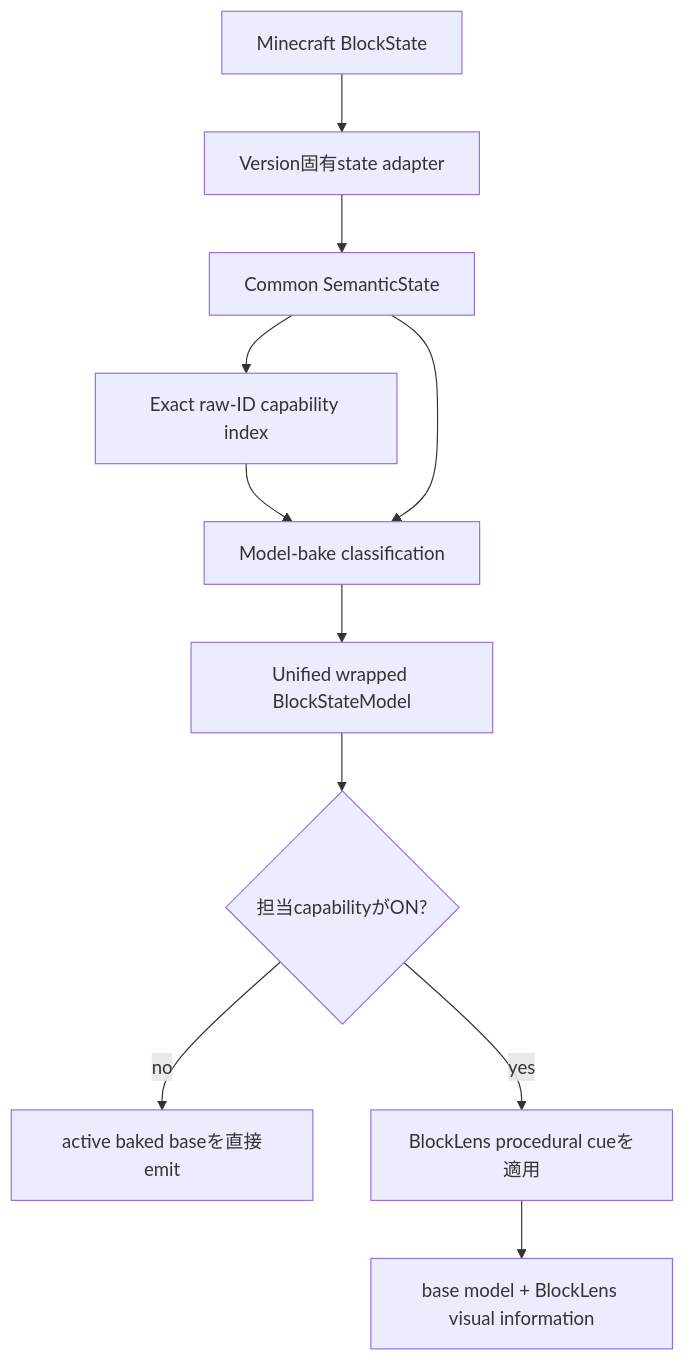
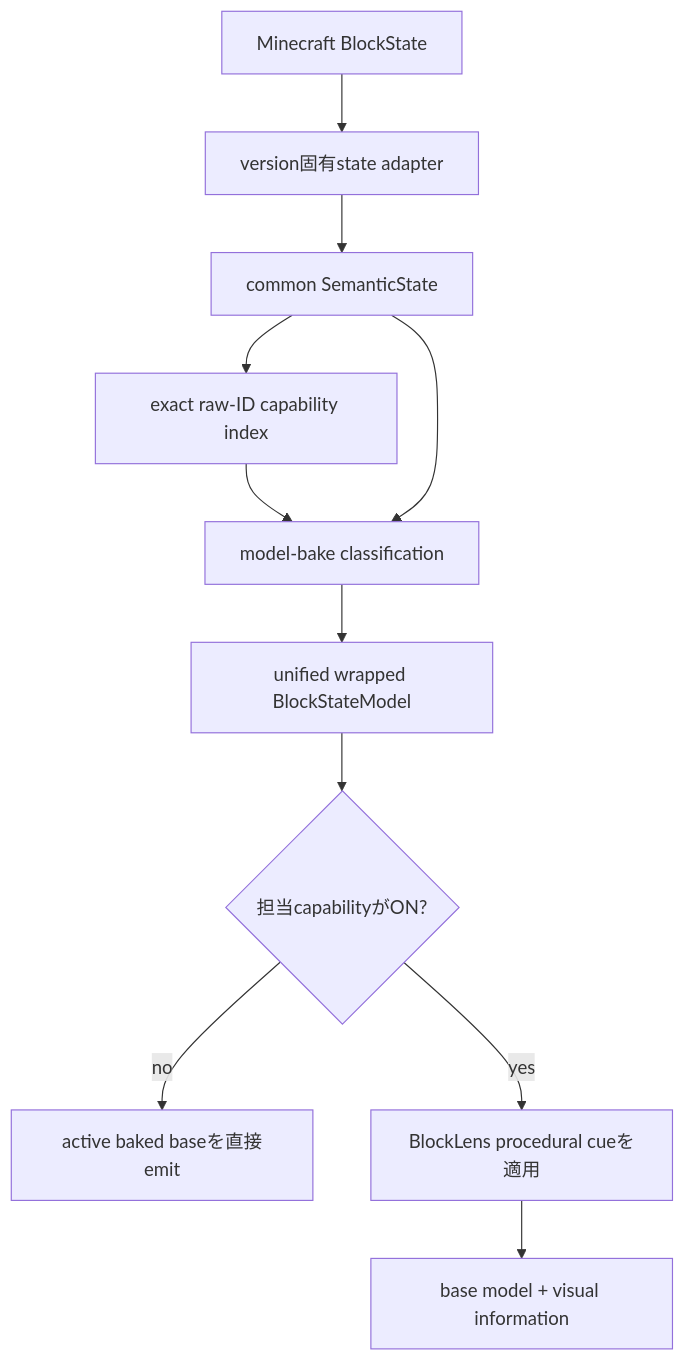
One commit to bosatsu25/BlockLens changed the fourth of 6 diagrams in README_ja.md. Above: the diagram before and after it, drawn with Mermaid. The commit also changed other lines of this file and 39 other files, not shown here.

First line of the commit message:
feat: absorb ChiseTweaks visual overlap into BlockLens P0

````diff
--- a/README_ja.md
+++ b/README_ja.md
@@ -62,13 +137,13 @@
 ```mermaid
 flowchart TD
-    MC[Minecraft BlockState] --> VA[Version固有state adapter]
-    VA --> SS[Common SemanticState]
-    SS --> IDX[Exact raw-ID capability index]
-    IDX --> BAKE[Model-bake classification]
+    MC[Minecraft BlockState] --> VA[version固有state adapter]
+    VA --> SS[common SemanticState]
+    SS --> IDX[exact raw-ID capability index]
+    IDX --> BAKE[model-bake classification]
     SS --> BAKE
-    BAKE --> WRAP[Unified wrapped BlockStateModel]
+    BAKE --> WRAP[unified wrapped BlockStateModel]
     WRAP --> MASK{担当capabilityがON?}
     MASK -- no --> BASE[active baked baseを直接emit]
     MASK -- yes --> CUE[BlockLens procedural cueを適用]
-    CUE --> OUT[base model + BlockLens visual information]
+    CUE --> OUT[base model + visual information]
 ```
````
